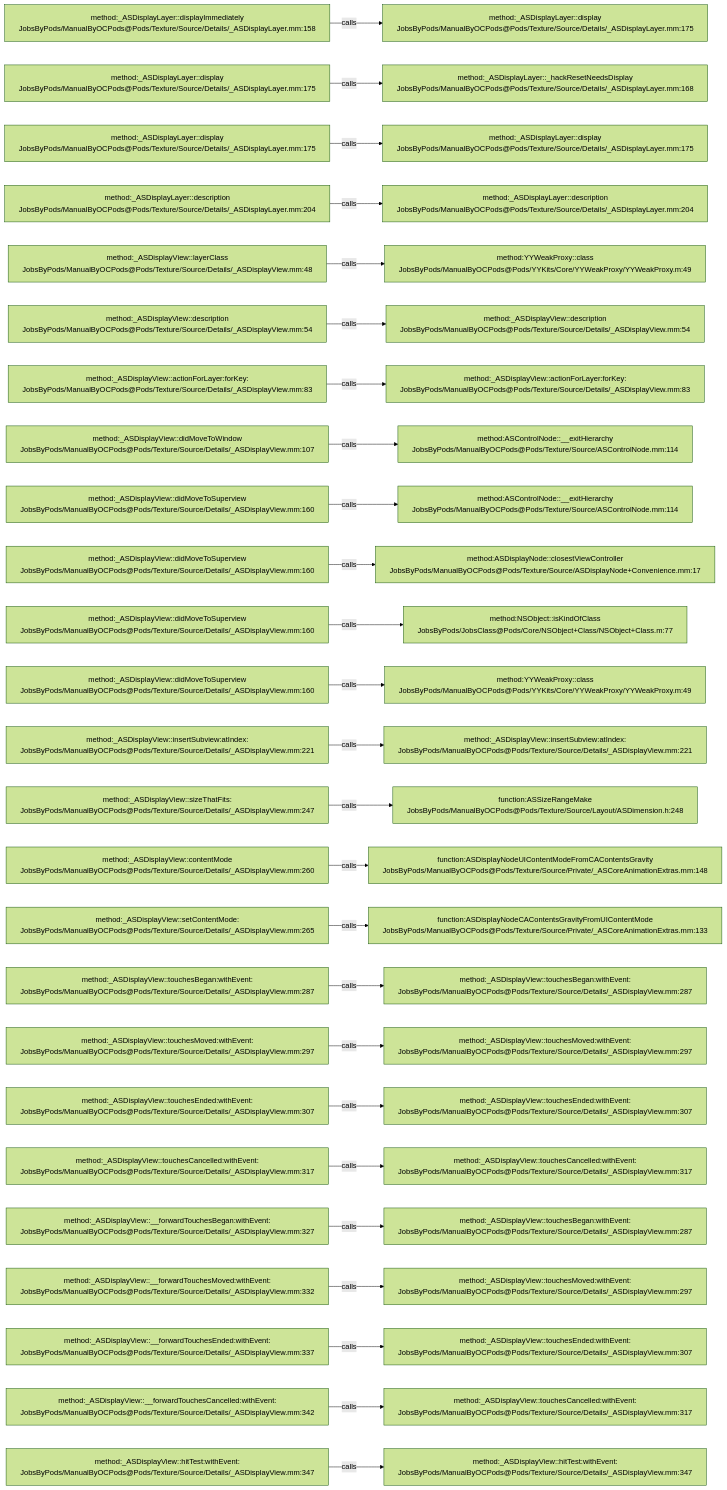
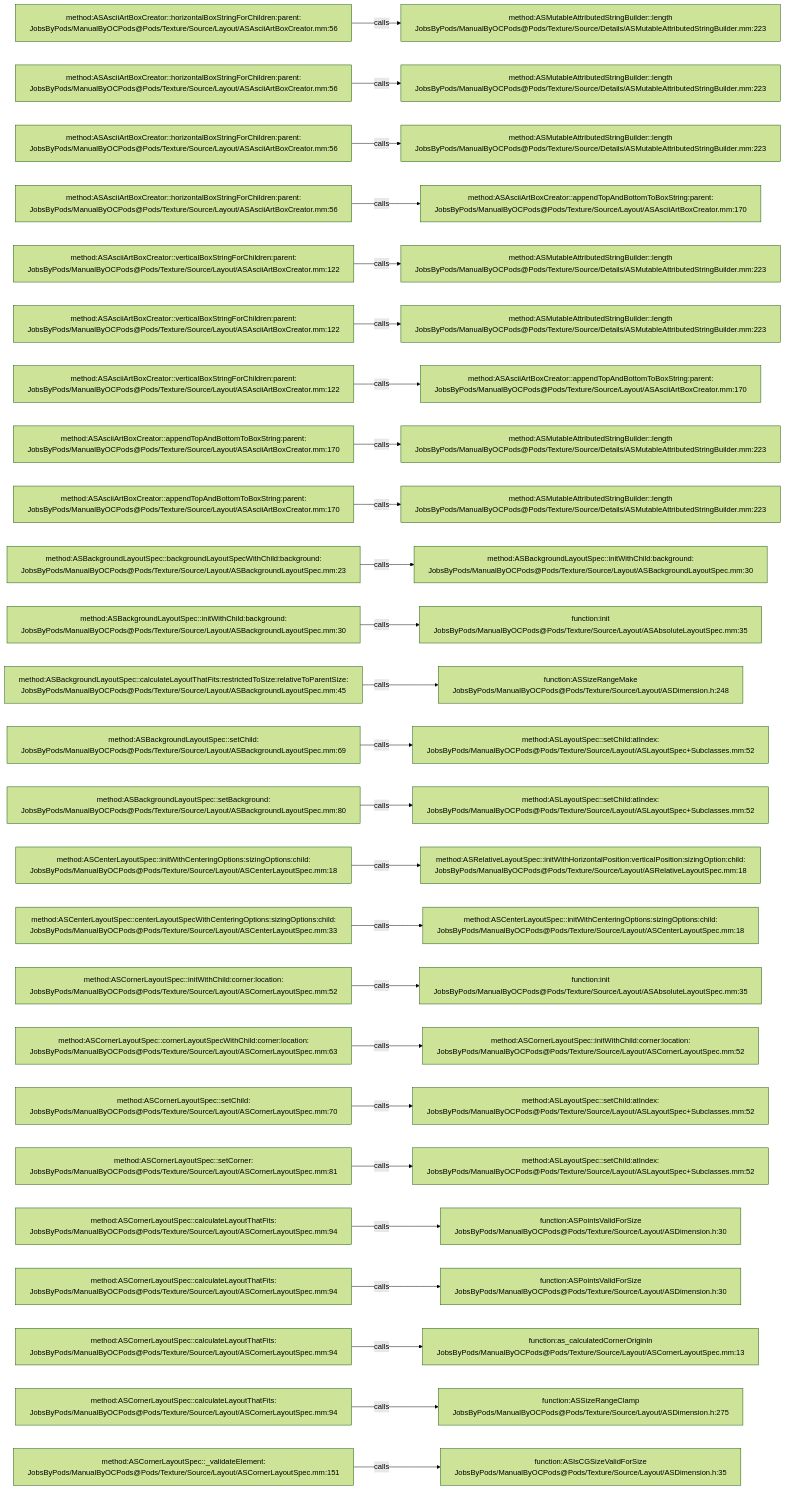
The diagram in .codegraph/codegraph.md/graphs/calls-173.md (JobsKits/JobsOCBaseConfigDemo), drawn with Mermaid (forest theme) before and after one commit. The commit also changed 1353 other files, not shown here.

````diff
--- a/.codegraph/codegraph.md/graphs/calls-173.md
+++ b/.codegraph/codegraph.md/graphs/calls-173.md
@@ -13,78 +13,78 @@
 ```mermaid
 flowchart LR
-  S1["method:_ASDisplayLayer::displayImmediately<br/>JobsByPods/ManualByOCPods@Pods/Texture/Source/Details/_ASDisplayLayer.mm:158"]
-  T1["method:_ASDisplayLayer::display<br/>JobsByPods/ManualByOCPods@Pods/Texture/Source/Details/_ASDisplayLayer.mm:175"]
+  S1["method:ASAsciiArtBoxCreator::horizontalBoxStringForChildren:parent:<br/>JobsByPods/ManualByOCPods@Pods/Texture/Source/Layout/ASAsciiArtBoxCreator.mm:56"]
+  T1["method:ASMutableAttributedStringBuilder::length<br/>JobsByPods/ManualByOCPods@Pods/Texture/Source/Details/ASMutableAttributedStringBuilder.mm:223"]
   S1 -->|calls| T1
-  S2["method:_ASDisplayLayer::display<br/>JobsByPods/ManualByOCPods@Pods/Texture/Source/Details/_ASDisplayLayer.mm:175"]
-  T2["method:_ASDisplayLayer::_hackResetNeedsDisplay<br/>JobsByPods/ManualByOCPods@Pods/Texture/Source/Details/_ASDisplayLayer.mm:168"]
+  S2["method:ASAsciiArtBoxCreator::horizontalBoxStringForChildren:parent:<br/>JobsByPods/ManualByOCPods@Pods/Texture/Source/Layout/ASAsciiArtBoxCreator.mm:56"]
+  T2["method:ASMutableAttributedStringBuilder::length<br/>JobsByPods/ManualByOCPods@Pods/Texture/Source/Details/ASMutableAttributedStringBuilder.mm:223"]
   S2 -->|calls| T2
-  S3["method:_ASDisplayLayer::display<br/>JobsByPods/ManualByOCPods@Pods/Texture/Source/Details/_ASDisplayLayer.mm:175"]
-  T3["method:_ASDisplayLayer::display<br/>JobsByPods/ManualByOCPods@Pods/Texture/Source/Details/_ASDisplayLayer.mm:175"]
+  S3["method:ASAsciiArtBoxCreator::horizontalBoxStringForChildren:parent:<br/>JobsByPods/ManualByOCPods@Pods/Texture/Source/Layout/ASAsciiArtBoxCreator.mm:56"]
+  T3["method:ASMutableAttributedStringBuilder::length<br/>JobsByPods/ManualByOCPods@Pods/Texture/Source/Details/ASMutableAttributedStringBuilder.mm:223"]
   S3 -->|calls| T3
-  S4["method:_ASDisplayLayer::description<br/>JobsByPods/ManualByOCPods@Pods/Texture/Source/Details/_ASDisplayLayer.mm:204"]
-  T4["method:_ASDisplayLayer::description<br/>JobsByPods/ManualByOCPods@Pods/Texture/Source/Details/_ASDisplayLayer.mm:204"]
+  S4["method:ASAsciiArtBoxCreator::horizontalBoxStringForChildren:parent:<br/>JobsByPods/ManualByOCPods@Pods/Texture/Source/Layout/ASAsciiArtBoxCreator.mm:56"]
+  T4["method:ASAsciiArtBoxCreator::appendTopAndBottomToBoxString:parent:<br/>JobsByPods/ManualByOCPods@Pods/Texture/Source/Layout/ASAsciiArtBoxCreator.mm:170"]
   S4 -->|calls| T4
-  S5["method:_ASDisplayView::layerClass<br/>JobsByPods/ManualByOCPods@Pods/Texture/Source/Details/_ASDisplayView.mm:48"]
-  T5["method:YYWeakProxy::class<br/>JobsByPods/ManualByOCPods@Pods/YYKits/Core/YYWeakProxy/YYWeakProxy.m:49"]
+  S5["method:ASAsciiArtBoxCreator::verticalBoxStringForChildren:parent:<br/>JobsByPods/ManualByOCPods@Pods/Texture/Source/Layout/ASAsciiArtBoxCreator.mm:122"]
+  T5["method:ASMutableAttributedStringBuilder::length<br/>JobsByPods/ManualByOCPods@Pods/Texture/Source/Details/ASMutableAttributedStringBuilder.mm:223"]
   S5 -->|calls| T5
-  S6["method:_ASDisplayView::description<br/>JobsByPods/ManualByOCPods@Pods/Texture/Source/Details/_ASDisplayView.mm:54"]
-  T6["method:_ASDisplayView::description<br/>JobsByPods/ManualByOCPods@Pods/Texture/Source/Details/_ASDisplayView.mm:54"]
+  S6["method:ASAsciiArtBoxCreator::verticalBoxStringForChildren:parent:<br/>JobsByPods/ManualByOCPods@Pods/Texture/Source/Layout/ASAsciiArtBoxCreator.mm:122"]
+  T6["method:ASMutableAttributedStringBuilder::length<br/>JobsByPods/ManualByOCPods@Pods/Texture/Source/Details/ASMutableAttributedStringBuilder.mm:223"]
   S6 -->|calls| T6
-  S7["method:_ASDisplayView::actionForLayer:forKey:<br/>JobsByPods/ManualByOCPods@Pods/Texture/Source/Details/_ASDisplayView.mm:83"]
-  T7["method:_ASDisplayView::actionForLayer:forKey:<br/>JobsByPods/ManualByOCPods@Pods/Texture/Source/Details/_ASDisplayView.mm:83"]
+  S7["method:ASAsciiArtBoxCreator::verticalBoxStringForChildren:parent:<br/>JobsByPods/ManualByOCPods@Pods/Texture/Source/Layout/ASAsciiArtBoxCreator.mm:122"]
+  T7["method:ASAsciiArtBoxCreator::appendTopAndBottomToBoxString:parent:<br/>JobsByPods/ManualByOCPods@Pods/Texture/Source/Layout/ASAsciiArtBoxCreator.mm:170"]
   S7 -->|calls| T7
-  S8["method:_ASDisplayView::didMoveToWindow<br/>JobsByPods/ManualByOCPods@Pods/Texture/Source/Details/_ASDisplayView.mm:107"]
-  T8["method:ASControlNode::__exitHierarchy<br/>JobsByPods/ManualByOCPods@Pods/Texture/Source/ASControlNode.mm:114"]
+  S8["method:ASAsciiArtBoxCreator::appendTopAndBottomToBoxString:parent:<br/>JobsByPods/ManualByOCPods@Pods/Texture/Source/Layout/ASAsciiArtBoxCreator.mm:170"]
+  T8["method:ASMutableAttributedStringBuilder::length<br/>JobsByPods/ManualByOCPods@Pods/Texture/Source/Details/ASMutableAttributedStringBuilder.mm:223"]
   S8 -->|calls| T8
-  S9["method:_ASDisplayView::didMoveToSuperview<br/>JobsByPods/ManualByOCPods@Pods/Texture/Source/Details/_ASDisplayView.mm:160"]
-  T9["method:ASControlNode::__exitHierarchy<br/>JobsByPods/ManualByOCPods@Pods/Texture/Source/ASControlNode.mm:114"]
+  S9["method:ASAsciiArtBoxCreator::appendTopAndBottomToBoxString:parent:<br/>JobsByPods/ManualByOCPods@Pods/Texture/Source/Layout/ASAsciiArtBoxCreator.mm:170"]
+  T9["method:ASMutableAttributedStringBuilder::length<br/>JobsByPods/ManualByOCPods@Pods/Texture/Source/Details/ASMutableAttributedStringBuilder.mm:223"]
   S9 -->|calls| T9
-  S10["method:_ASDisplayView::didMoveToSuperview<br/>JobsByPods/ManualByOCPods@Pods/Texture/Source/Details/_ASDisplayView.mm:160"]
-  T10["method:ASDisplayNode::closestViewController<br/>JobsByPods/ManualByOCPods@Pods/Texture/Source/ASDisplayNode+Convenience.mm:17"]
+  S10["method:ASBackgroundLayoutSpec::backgroundLayoutSpecWithChild:background:<br/>JobsByPods/ManualByOCPods@Pods/Texture/Source/Layout/ASBackgroundLayoutSpec.mm:23"]
+  T10["method:ASBackgroundLayoutSpec::initWithChild:background:<br/>JobsByPods/ManualByOCPods@Pods/Texture/Source/Layout/ASBackgroundLayoutSpec.mm:30"]
   S10 -->|calls| T10
-  S11["method:_ASDisplayView::didMoveToSuperview<br/>JobsByPods/ManualByOCPods@Pods/Texture/Source/Details/_ASDisplayView.mm:160"]
-  T11["method:NSObject::isKindOfClass<br/>JobsByPods/JobsClass@Pods/Core/NSObject+Class/NSObject+Class.m:77"]
+  S11["method:ASBackgroundLayoutSpec::initWithChild:background:<br/>JobsByPods/ManualByOCPods@Pods/Texture/Source/Layout/ASBackgroundLayoutSpec.mm:30"]
+  T11["function:init<br/>JobsByPods/ManualByOCPods@Pods/Texture/Source/Layout/ASAbsoluteLayoutSpec.mm:35"]
   S11 -->|calls| T11
-  S12["method:_ASDisplayView::didMoveToSuperview<br/>JobsByPods/ManualByOCPods@Pods/Texture/Source/Details/_ASDisplayView.mm:160"]
-  T12["method:YYWeakProxy::class<br/>JobsByPods/ManualByOCPods@Pods/YYKits/Core/YYWeakProxy/YYWeakProxy.m:49"]
+  S12["method:ASBackgroundLayoutSpec::calculateLayoutThatFits:restrictedToSize:relativeToParentSize:<br/>JobsByPods/ManualByOCPods@Pods/Texture/Source/Layout/ASBackgroundLayoutSpec.mm:45"]
+  T12["function:ASSizeRangeMake<br/>JobsByPods/ManualByOCPods@Pods/Texture/Source/Layout/ASDimension.h:248"]
   S12 -->|calls| T12
-  S13["method:_ASDisplayView::insertSubview:atIndex:<br/>JobsByPods/ManualByOCPods@Pods/Texture/Source/Details/_ASDisplayView.mm:221"]
-  T13["method:_ASDisplayView::insertSubview:atIndex:<br/>JobsByPods/ManualByOCPods@Pods/Texture/Source/Details/_ASDisplayView.mm:221"]
+  S13["method:ASBackgroundLayoutSpec::setChild:<br/>JobsByPods/ManualByOCPods@Pods/Texture/Source/Layout/ASBackgroundLayoutSpec.mm:69"]
+  T13["method:ASLayoutSpec::setChild:atIndex:<br/>JobsByPods/ManualByOCPods@Pods/Texture/Source/Layout/ASLayoutSpec+Subclasses.mm:52"]
   S13 -->|calls| T13
-  S14["method:_ASDisplayView::sizeThatFits:<br/>JobsByPods/ManualByOCPods@Pods/Texture/Source/Details/_ASDisplayView.mm:247"]
-  T14["function:ASSizeRangeMake<br/>JobsByPods/ManualByOCPods@Pods/Texture/Source/Layout/ASDimension.h:248"]
+  S14["method:ASBackgroundLayoutSpec::setBackground:<br/>JobsByPods/ManualByOCPods@Pods/Texture/Source/Layout/ASBackgroundLayoutSpec.mm:80"]
+  T14["method:ASLayoutSpec::setChild:atIndex:<br/>JobsByPods/ManualByOCPods@Pods/Texture/Source/Layout/ASLayoutSpec+Subclasses.mm:52"]
   S14 -->|calls| T14
-  S15["method:_ASDisplayView::contentMode<br/>JobsByPods/ManualByOCPods@Pods/Texture/Source/Details/_ASDisplayView.mm:260"]
-  T15["function:ASDisplayNodeUIContentModeFromCAContentsGravity<br/>JobsByPods/ManualByOCPods@Pods/Texture/Source/Private/_ASCoreAnimationExtras.mm:148"]
+  S15["method:ASCenterLayoutSpec::initWithCenteringOptions:sizingOptions:child:<br/>JobsByPods/ManualByOCPods@Pods/Texture/Source/Layout/ASCenterLayoutSpec.mm:18"]
+  T15["method:ASRelativeLayoutSpec::initWithHorizontalPosition:verticalPosition:sizingOption:child:<br/>JobsByPods/ManualByOCPods@Pods/Texture/Source/Layout/ASRelativeLayoutSpec.mm:18"]
   S15 -->|calls| T15
-  S16["method:_ASDisplayView::setContentMode:<br/>JobsByPods/ManualByOCPods@Pods/Texture/Source/Details/_ASDisplayView.mm:265"]
-  T16["function:ASDisplayNodeCAContentsGravityFromUIContentMode<br/>JobsByPods/ManualByOCPods@Pods/Texture/Source/Private/_ASCoreAnimationExtras.mm:133"]
+  S16["method:ASCenterLayoutSpec::centerLayoutSpecWithCenteringOptions:sizingOptions:child:<br/>JobsByPods/ManualByOCPods@Pods/Texture/Source/Layout/ASCenterLayoutSpec.mm:33"]
+  T16["method:ASCenterLayoutSpec::initWithCenteringOptions:sizingOptions:child:<br/>JobsByPods/ManualByOCPods@Pods/Texture/Source/Layout/ASCenterLayoutSpec.mm:18"]
   S16 -->|calls| T16
-  S17["method:_ASDisplayView::touchesBegan:withEvent:<br/>JobsByPods/ManualByOCPods@Pods/Texture/Source/Details/_ASDisplayView.mm:287"]
-  T17["method:_ASDisplayView::touchesBegan:withEvent:<br/>JobsByPods/ManualByOCPods@Pods/Texture/Source/Details/_ASDisplayView.mm:287"]
+  S17["method:ASCornerLayoutSpec::initWithChild:corner:location:<br/>JobsByPods/ManualByOCPods@Pods/Texture/Source/Layout/ASCornerLayoutSpec.mm:52"]
+  T17["function:init<br/>JobsByPods/ManualByOCPods@Pods/Texture/Source/Layout/ASAbsoluteLayoutSpec.mm:35"]
   S17 -->|calls| T17
-  S18["method:_ASDisplayView::touchesMoved:withEvent:<br/>JobsByPods/ManualByOCPods@Pods/Texture/Source/Details/_ASDisplayView.mm:297"]
-  T18["method:_ASDisplayView::touchesMoved:withEvent:<br/>JobsByPods/ManualByOCPods@Pods/Texture/Source/Details/_ASDisplayView.mm:297"]
+  S18["method:ASCornerLayoutSpec::cornerLayoutSpecWithChild:corner:location:<br/>JobsByPods/ManualByOCPods@Pods/Texture/Source/Layout/ASCornerLayoutSpec.mm:63"]
+  T18["method:ASCornerLayoutSpec::initWithChild:corner:location:<br/>JobsByPods/ManualByOCPods@Pods/Texture/Source/Layout/ASCornerLayoutSpec.mm:52"]
   S18 -->|calls| T18
-  S19["method:_ASDisplayView::touchesEnded:withEvent:<br/>JobsByPods/ManualByOCPods@Pods/Texture/Source/Details/_ASDisplayView.mm:307"]
-  T19["method:_ASDisplayView::touchesEnded:withEvent:<br/>JobsByPods/ManualByOCPods@Pods/Texture/Source/Details/_ASDisplayView.mm:307"]
+  S19["method:ASCornerLayoutSpec::setChild:<br/>JobsByPods/ManualByOCPods@Pods/Texture/Source/Layout/ASCornerLayoutSpec.mm:70"]
+  T19["method:ASLayoutSpec::setChild:atIndex:<br/>JobsByPods/ManualByOCPods@Pods/Texture/Source/Layout/ASLayoutSpec+Subclasses.mm:52"]
   S19 -->|calls| T19
-  S20["method:_ASDisplayView::touchesCancelled:withEvent:<br/>JobsByPods/ManualByOCPods@Pods/Texture/Source/Details/_ASDisplayView.mm:317"]
-  T20["method:_ASDisplayView::touchesCancelled:withEvent:<br/>JobsByPods/ManualByOCPods@Pods/Texture/Source/Details/_ASDisplayView.mm:317"]
+  S20["method:ASCornerLayoutSpec::setCorner:<br/>JobsByPods/ManualByOCPods@Pods/Texture/Source/Layout/ASCornerLayoutSpec.mm:81"]
+  T20["method:ASLayoutSpec::setChild:atIndex:<br/>JobsByPods/ManualByOCPods@Pods/Texture/Source/Layout/ASLayoutSpec+Subclasses.mm:52"]
   S20 -->|calls| T20
-  S21["method:_ASDisplayView::__forwardTouchesBegan:withEvent:<br/>JobsByPods/ManualByOCPods@Pods/Texture/Source/Details/_ASDisplayView.mm:327"]
-  T21["method:_ASDisplayView::touchesBegan:withEvent:<br/>JobsByPods/ManualByOCPods@Pods/Texture/Source/Details/_ASDisplayView.mm:287"]
+  S21["method:ASCornerLayoutSpec::calculateLayoutThatFits:<br/>JobsByPods/ManualByOCPods@Pods/Texture/Source/Layout/ASCornerLayoutSpec.mm:94"]
+  T21["function:ASPointsValidForSize<br/>JobsByPods/ManualByOCPods@Pods/Texture/Source/Layout/ASDimension.h:30"]
   S21 -->|calls| T21
-  S22["method:_ASDisplayView::__forwardTouchesMoved:withEvent:<br/>JobsByPods/ManualByOCPods@Pods/Texture/Source/Details/_ASDisplayView.mm:332"]
-  T22["method:_ASDisplayView::touchesMoved:withEvent:<br/>JobsByPods/ManualByOCPods@Pods/Texture/Source/Details/_ASDisplayView.mm:297"]
+  S22["method:ASCornerLayoutSpec::calculateLayoutThatFits:<br/>JobsByPods/ManualByOCPods@Pods/Texture/Source/Layout/ASCornerLayoutSpec.mm:94"]
+  T22["function:ASPointsValidForSize<br/>JobsByPods/ManualByOCPods@Pods/Texture/Source/Layout/ASDimension.h:30"]
   S22 -->|calls| T22
-  S23["method:_ASDisplayView::__forwardTouchesEnded:withEvent:<br/>JobsByPods/ManualByOCPods@Pods/Texture/Source/Details/_ASDisplayView.mm:337"]
-  T23["method:_ASDisplayView::touchesEnded:withEvent:<br/>JobsByPods/ManualByOCPods@Pods/Texture/Source/Details/_ASDisplayView.mm:307"]
+  S23["method:ASCornerLayoutSpec::calculateLayoutThatFits:<br/>JobsByPods/ManualByOCPods@Pods/Texture/Source/Layout/ASCornerLayoutSpec.mm:94"]
+  T23["function:as_calculatedCornerOriginIn<br/>JobsByPods/ManualByOCPods@Pods/Texture/Source/Layout/ASCornerLayoutSpec.mm:13"]
   S23 -->|calls| T23
-  S24["method:_ASDisplayView::__forwardTouchesCancelled:withEvent:<br/>JobsByPods/ManualByOCPods@Pods/Texture/Source/Details/_ASDisplayView.mm:342"]
-  T24["method:_ASDisplayView::touchesCancelled:withEvent:<br/>JobsByPods/ManualByOCPods@Pods/Texture/Source/Details/_ASDisplayView.mm:317"]
+  S24["method:ASCornerLayoutSpec::calculateLayoutThatFits:<br/>JobsByPods/ManualByOCPods@Pods/Texture/Source/Layout/ASCornerLayoutSpec.mm:94"]
+  T24["function:ASSizeRangeClamp<br/>JobsByPods/ManualByOCPods@Pods/Texture/Source/Layout/ASDimension.h:275"]
   S24 -->|calls| T24
-  S25["method:_ASDisplayView::hitTest:withEvent:<br/>JobsByPods/ManualByOCPods@Pods/Texture/Source/Details/_ASDisplayView.mm:347"]
-  T25["method:_ASDisplayView::hitTest:withEvent:<br/>JobsByPods/ManualByOCPods@Pods/Texture/Source/Details/_ASDisplayView.mm:347"]
+  S25["method:ASCornerLayoutSpec::_validateElement:<br/>JobsByPods/ManualByOCPods@Pods/Texture/Source/Layout/ASCornerLayoutSpec.mm:151"]
+  T25["function:ASIsCGSizeValidForSize<br/>JobsByPods/ManualByOCPods@Pods/Texture/Source/Layout/ASDimension.h:35"]
   S25 -->|calls| T25
 ```
````
